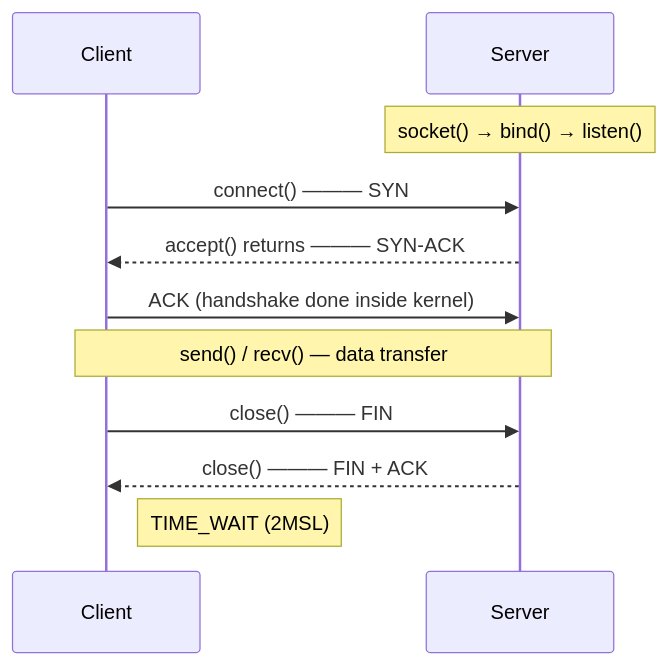
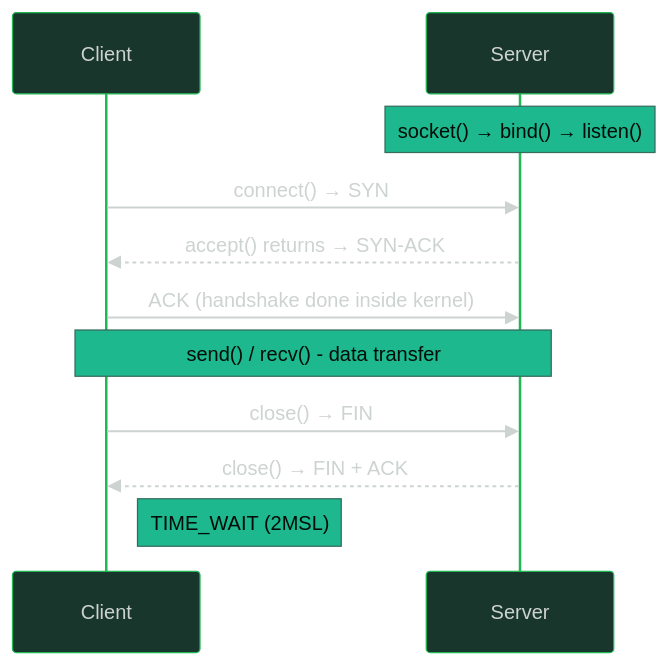
The diagram in computing-foundation-note/Computer Networks/03 Infrastructure/031 Network Programming & Sockets.md (oat431/swe-knowledge), drawn with Mermaid before and after one commit. The commit also changed other lines of this file and 139 other files, not shown here.

````diff
--- a/computing-foundation-note/Computer Networks/03 Infrastructure/031 Network Programming & Sockets.md
+++ b/computing-foundation-note/Computer Networks/03 Infrastructure/031 Network Programming & Sockets.md
@@ -17,13 +17,14 @@
 ```mermaid
+%%{init: {'theme':'base','themeVariables':{'actorBkg':'#19362D','actorBorder':'#1FB854','actorTextColor':'#CDD3D1','actorLineColor':'#1FB854','signalColor':'#CDD3D1','signalTextColor':'#CDD3D1','labelBoxBkgColor':'#161212','labelBoxBorderColor':'#1FB854','labelTextColor':'#CDD3D1','loopTextColor':'#CAC9C9','noteBkgColor':'#1EB88E','noteTextColor':'#000C07','activationBkgColor':'#1EB88E','activationBorderColor':'#1FB8AB','sequenceNumberColor':'#000000','background':'#1B1717','titleColor':'#1FB854','edgeLabelBackground':'#161212','fontSize':'14px'}}}%%
 sequenceDiagram
     participant C as Client
     participant S as Server
     Note over S: socket() → bind() → listen()
-    C->>S: connect() ——— SYN
-    S-->>C: accept() returns ——— SYN-ACK
+    C->>S: connect() → SYN
+    S-->>C: accept() returns → SYN-ACK
     C->>S: ACK (handshake done inside kernel)
-    Note over C,S: send() / recv() — data transfer
-    C->>S: close() ——— FIN
-    S-->>C: close() ——— FIN + ACK
+    Note over C,S: send() / recv() - data transfer
+    C->>S: close() → FIN
+    S-->>C: close() → FIN + ACK
     Note right of C: TIME_WAIT (2MSL)
 ```
````
